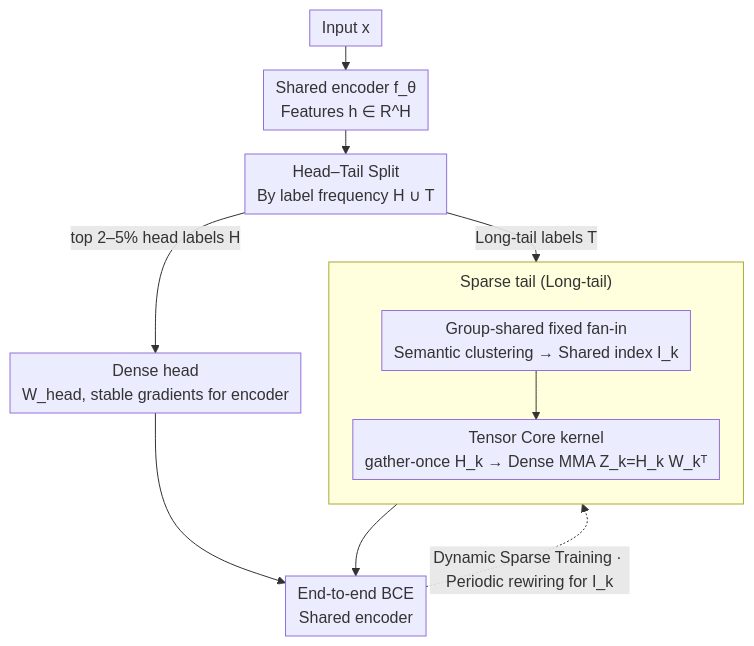
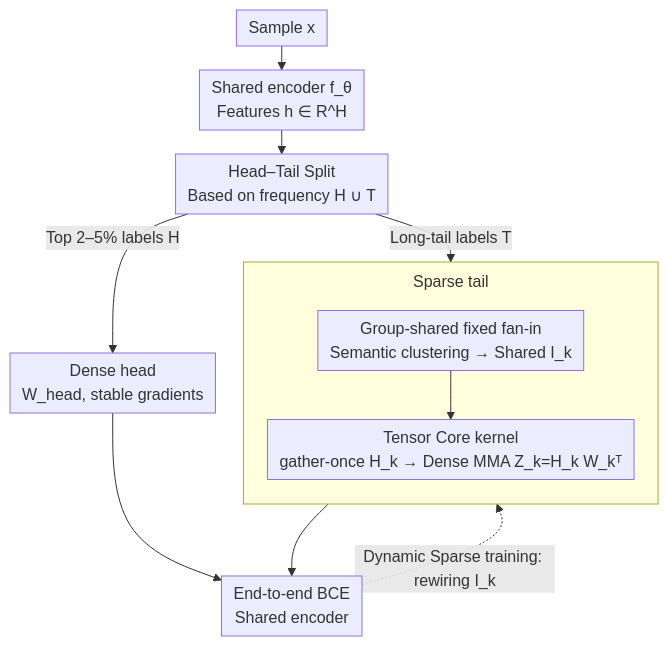
One commit to zhaoyang97/Paper-Notes-en changed the diagram in docs/ICML2026/others/haste_hardware-aware_dynamic_sparse_training_for_large_output_spaces.md. Above: the diagram before and after it, drawn with Mermaid. The commit also changed other lines of this file and 5084 other files, not shown here.

````diff
--- a/docs/ICML2026/others/haste_hardware-aware_dynamic_sparse_training_for_large_output_spaces.md
+++ b/docs/ICML2026/others/haste_hardware-aware_dynamic_sparse_training_for_large_output_spaces.md
@@ -48,16 +48,16 @@
 ```mermaid
 %%{init: {'flowchart': {'rankSpacing': 24, 'nodeSpacing': 28, 'padding': 6, 'wrappingWidth': 400, 'subGraphTitleMargin': {'top': 8, 'bottom': 16}}}}%%
 flowchart TD
-    X["Input x"] --> ENC["Shared encoder f_θ<br/>Features h ∈ R^H"]
-    ENC --> SPLIT["Head–Tail Split<br/>By label frequency H ∪ T"]
-    SPLIT -->|"top 2–5% head labels H"| HEAD["Dense head<br/>W_head, stable gradients for encoder"]
+    X["Sample x"] --> ENC["Shared encoder f_θ<br/>Features h ∈ R^H"]
+    ENC --> SPLIT["Head–Tail Split<br/>Based on frequency H ∪ T"]
+    SPLIT -->|"Top 2–5% labels H"| HEAD["Dense head<br/>W_head, stable gradients"]
     SPLIT -->|"Long-tail labels T"| GROUP
-    subgraph TAIL["Sparse tail (Long-tail)"]
+    subgraph TAIL["Sparse tail"]
         direction TB
-        GROUP["Group-shared fixed fan-in<br/>Semantic clustering → Shared index I_k"]
+        GROUP["Group-shared fixed fan-in<br/>Semantic clustering → Shared I_k"]
         GROUP --> KERNEL["Tensor Core kernel<br/>gather-once H_k → Dense MMA Z_k=H_k W_kᵀ"]
     end
     HEAD --> LOSS["End-to-end BCE<br/>Shared encoder"]
     KERNEL --> LOSS
-    LOSS -.->|"Dynamic Sparse Training · Periodic rewiring for I_k"| GROUP
+    LOSS -.->|"Dynamic Sparse training: rewiring I_k"| GROUP
 ```
````
